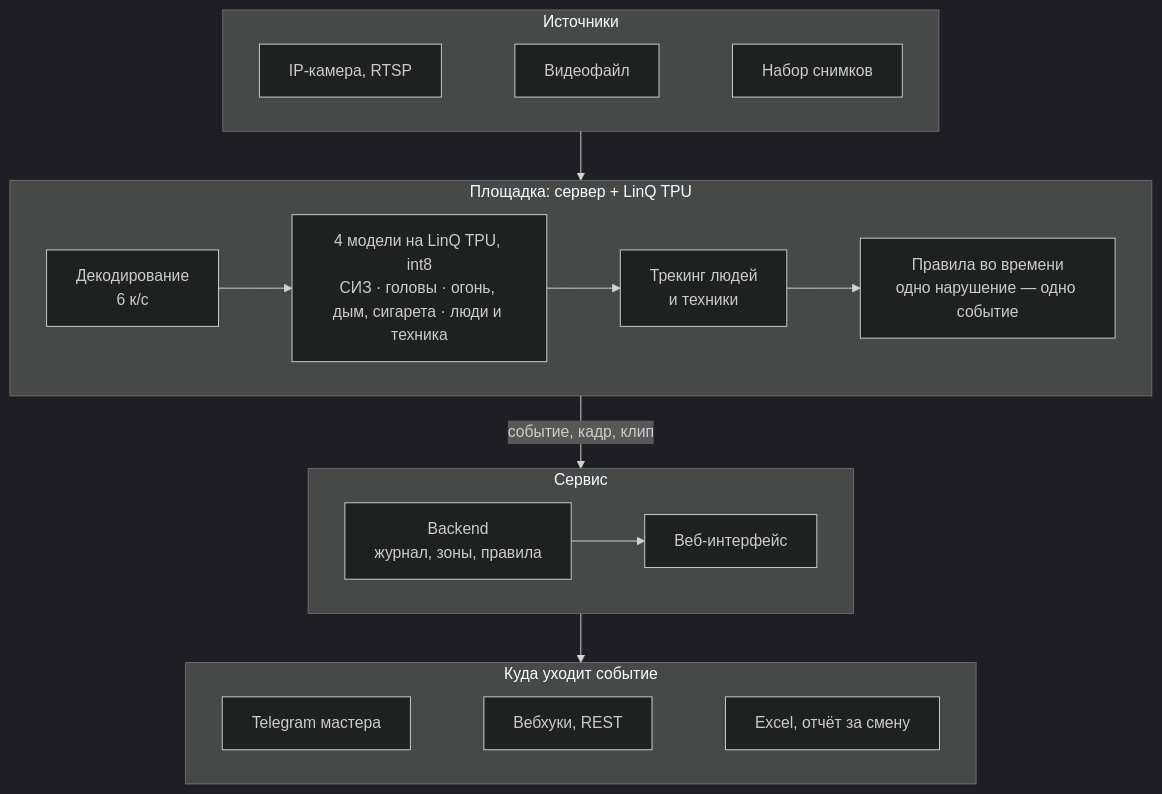
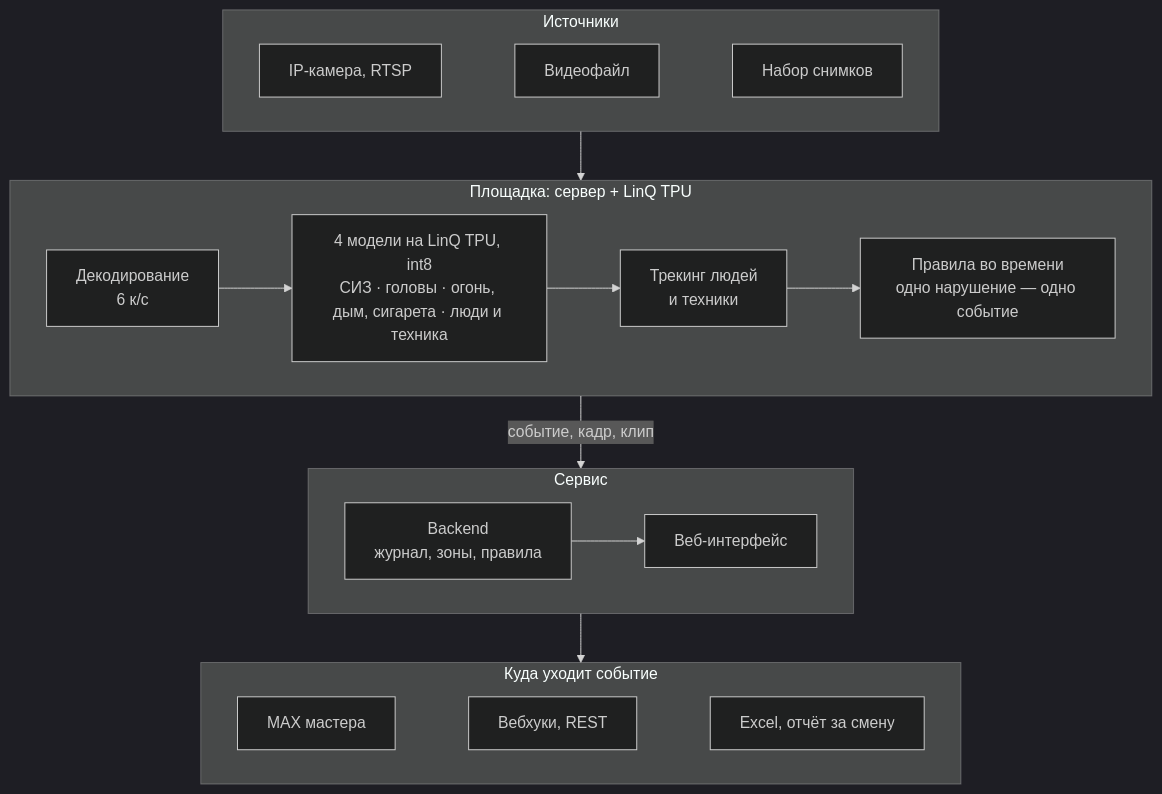
One commit to ultraevs/mospromhack changed the first of 2 diagrams in README.md. Above: the diagram before and after it, drawn with Mermaid (dark theme). The commit also changed other lines of this file and 30 other files, not shown here.

First line of the commit message:
notifications: telegram -> max messenger, violation sound with mute in header

````diff
--- a/README.md
+++ b/README.md
@@ -64,27 +64,27 @@
 ```mermaid
 flowchart TB
     subgraph SRC["Источники"]
         direction LR
         CAM["IP-камера, RTSP"] ~~~ FILE["Видеофайл"] ~~~ IMG["Набор снимков"]
     end
 
     subgraph EDGE["Площадка: сервер + LinQ TPU"]
         direction LR
         DEC["Декодирование<br/>6 к/с"] --> TPU["4 модели на LinQ TPU, int8<br/>СИЗ · головы · огонь, дым, сигарета · люди и техника"]
         TPU --> TRK["Трекинг людей<br/>и техники"] --> RUL["Правила во времени<br/>одно нарушение — одно событие"]
     end
 
     subgraph APP["Сервис"]
         direction LR
         API["Backend<br/>журнал, зоны, правила"] --> UI["Веб-интерфейс"]
     end
 
     subgraph OUT["Куда уходит событие"]
         direction LR
-        TG["Telegram мастера"] ~~~ WH["Вебхуки, REST"] ~~~ XLS["Excel, отчёт за смену"]
+        MX["MAX мастера"] ~~~ WH["Вебхуки, REST"] ~~~ XLS["Excel, отчёт за смену"]
     end
 
     SRC --> EDGE
     EDGE -- "событие, кадр, клип" --> APP
     APP --> OUT
 ```
````
